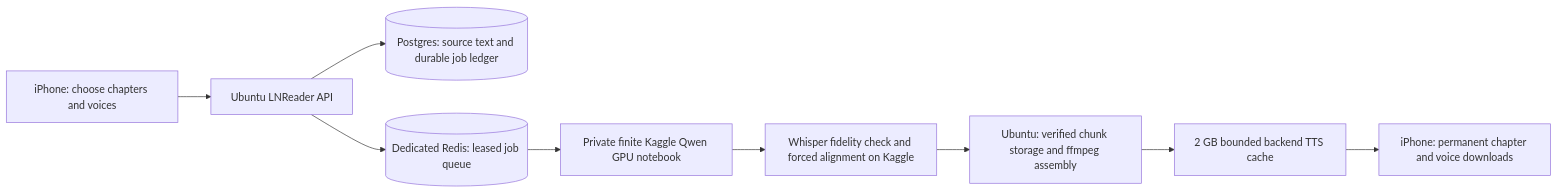
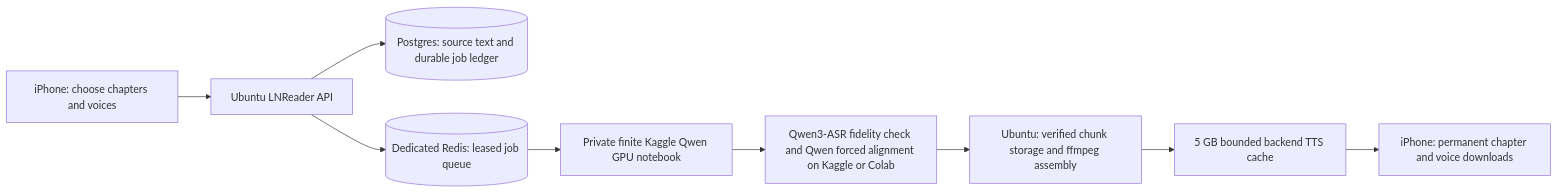
The diagram in docs/TTS_REVAMP_PLAN.md (lqSky7/lnreader-ios), drawn with Mermaid before and after one commit. The commit also changed other lines of this file and 13 other files, not shown here.

````diff
--- a/docs/TTS_REVAMP_PLAN.md
+++ b/docs/TTS_REVAMP_PLAN.md
@@ -15,11 +15,11 @@
 ```mermaid
 flowchart LR
   P[iPhone: choose chapters and voices] --> A[Ubuntu LNReader API]
   A --> D[(Postgres: source text and durable job ledger)]
   A --> R[(Dedicated Redis: leased job queue)]
   R --> K[Private finite Kaggle Qwen GPU notebook]
-  K --> Q[Whisper fidelity check and forced alignment on Kaggle]
+  K --> Q[Qwen3-ASR fidelity check and Qwen forced alignment on Kaggle or Colab]
   Q --> F[Ubuntu: verified chunk storage and ffmpeg assembly]
-  F --> C[2 GB bounded backend TTS cache]
+  F --> C[5 GB bounded backend TTS cache]
   C --> L[iPhone: permanent chapter and voice downloads]
 ```
````
